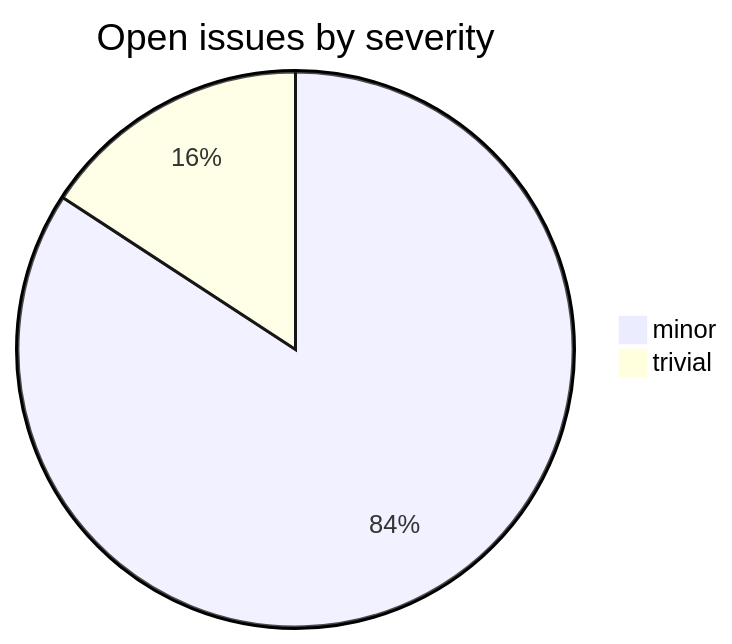
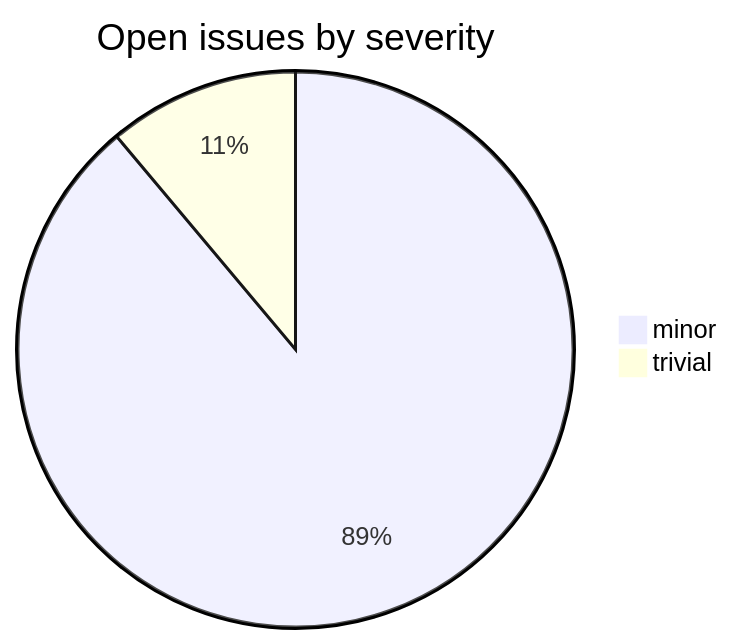
The second of 2 diagrams in README.md (sanskrit-lexicon/alternateheadwords), drawn with Mermaid before and after one commit. The commit also changed other lines of this file, not shown here.

````diff
--- a/README.md
+++ b/README.md
@@ -38,5 +66,5 @@
 ```mermaid
 pie title Open issues by severity
     "minor" : 16
-    "trivial" : 3
+    "trivial" : 2
 ```
````
